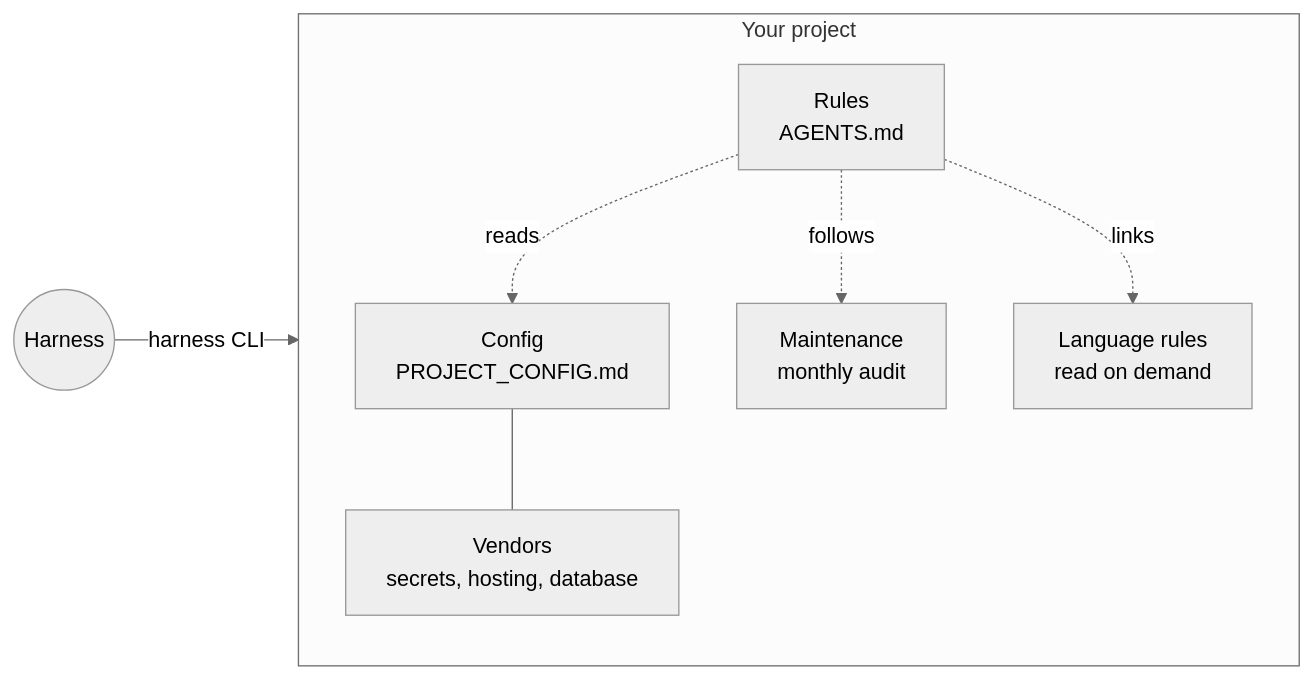
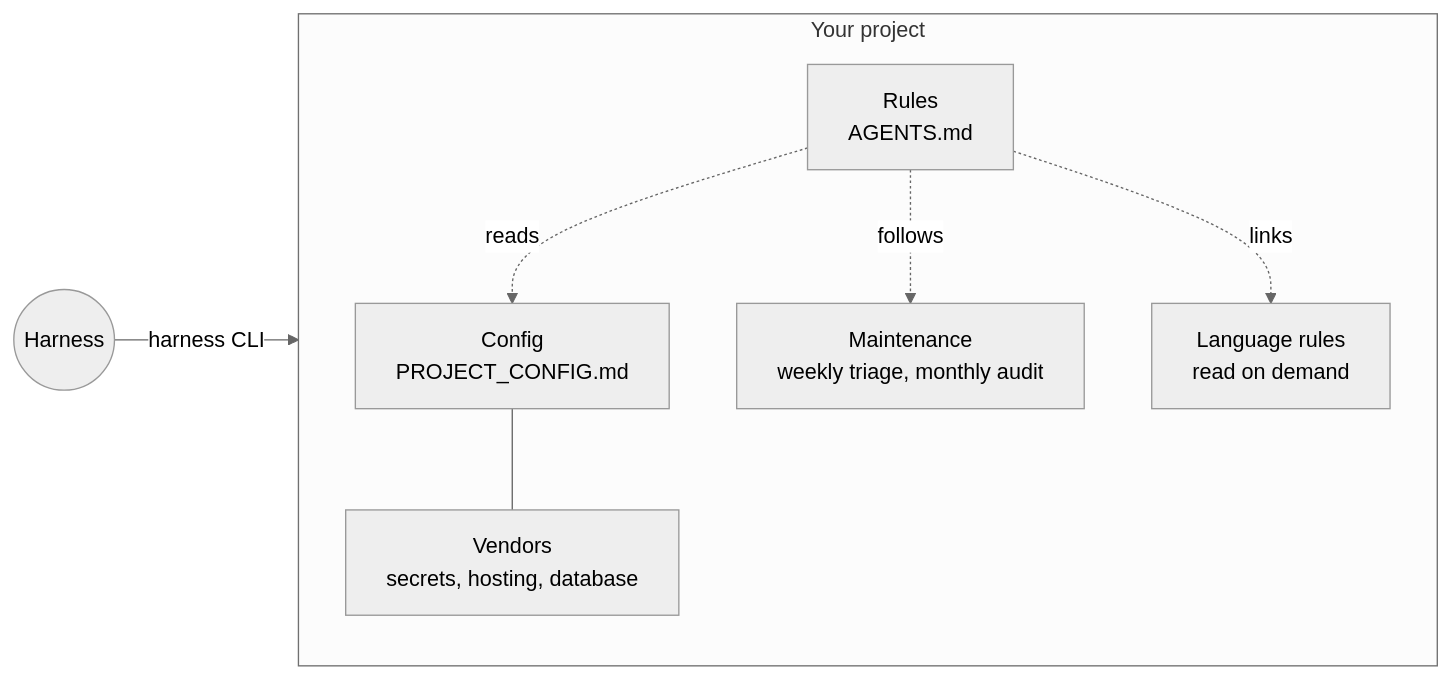
The first of 2 diagrams in README.md (mattsilv/harness), drawn with Mermaid (neutral theme) before and after one commit. The commit also changed other lines of this file and 7 other files, not shown here.

Commit message:
Weekly issue triage and monthly audit lists in MAINTENANCE.md (v19) (#35)

````diff
--- a/README.md
+++ b/README.md
@@ -7,15 +7,15 @@
 ```mermaid
 flowchart LR
   H((Harness)) -->|harness CLI| P
   subgraph P[Your project]
     A[Rules<br>AGENTS.md]
     C[Config<br>PROJECT_CONFIG.md]
     V[Vendors<br>secrets, hosting, database]
-    M[Maintenance<br>monthly audit]
+    M[Maintenance<br>weekly triage, monthly audit]
     L[Language rules<br>read on demand]
   end
   A -. reads .-> C
   C --- V
   A -. follows .-> M
   A -. links .-> L
 ```
````
